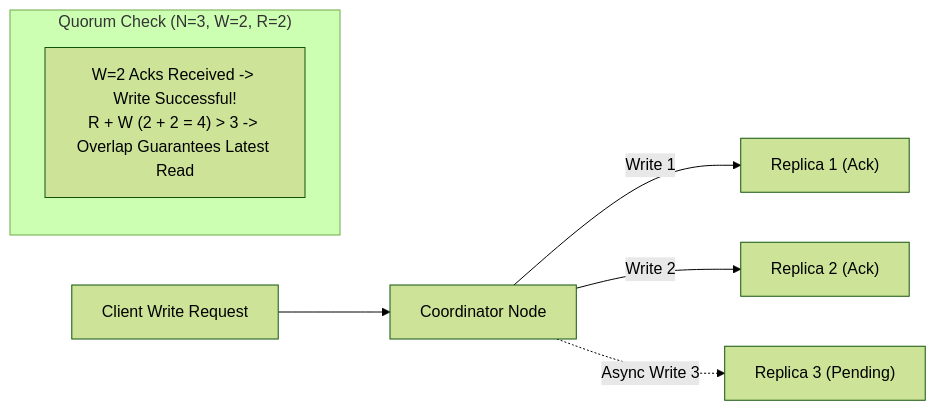
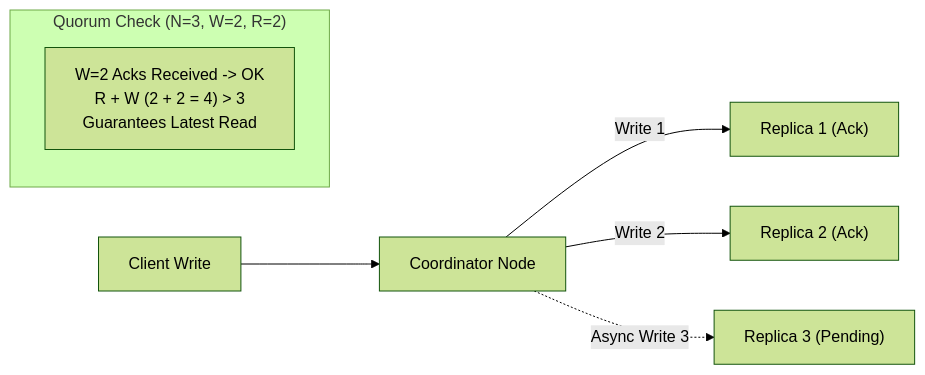
The fourth of 5 diagrams in strivers-hld/07-Data-Partitioning-and-Consistent-Hashing/README.md (Sourav108/strivers-lld), drawn with Mermaid (forest theme) before and after one commit. The commit also changed other lines of this file and 39 other files, not shown here.

Commit message:
fix(mermaid): wrap node labels, simplify diamonds, and reformat wide diagrams for perfect GitHub rendering

````diff
--- a/strivers-hld/07-Data-Partitioning-and-Consistent-Hashing/README.md
+++ b/strivers-hld/07-Data-Partitioning-and-Consistent-Hashing/README.md
@@ -71,11 +77,11 @@
 ```mermaid
 flowchart LR
-    Client["Client Write Request"] --> Coord["Coordinator Node"]
+    Client["Client Write"] --> Coord["Coordinator Node"]
     Coord -->|Write 1| R1["Replica 1 (Ack)"]
     Coord -->|Write 2| R2["Replica 2 (Ack)"]
     Coord -.->|Async Write 3| R3["Replica 3 (Pending)"]
 
     subgraph QuorumRule["Quorum Check (N=3, W=2, R=2)"]
-        QR["W=2 Acks Received -> Write Successful!<br/>R + W (2 + 2 = 4) > 3 -> Overlap Guarantees Latest Read"]
+        QR["W=2 Acks Received -> OK<br/>R + W (2 + 2 = 4) > 3<br/>Guarantees Latest Read"]
     end
 ```
````
